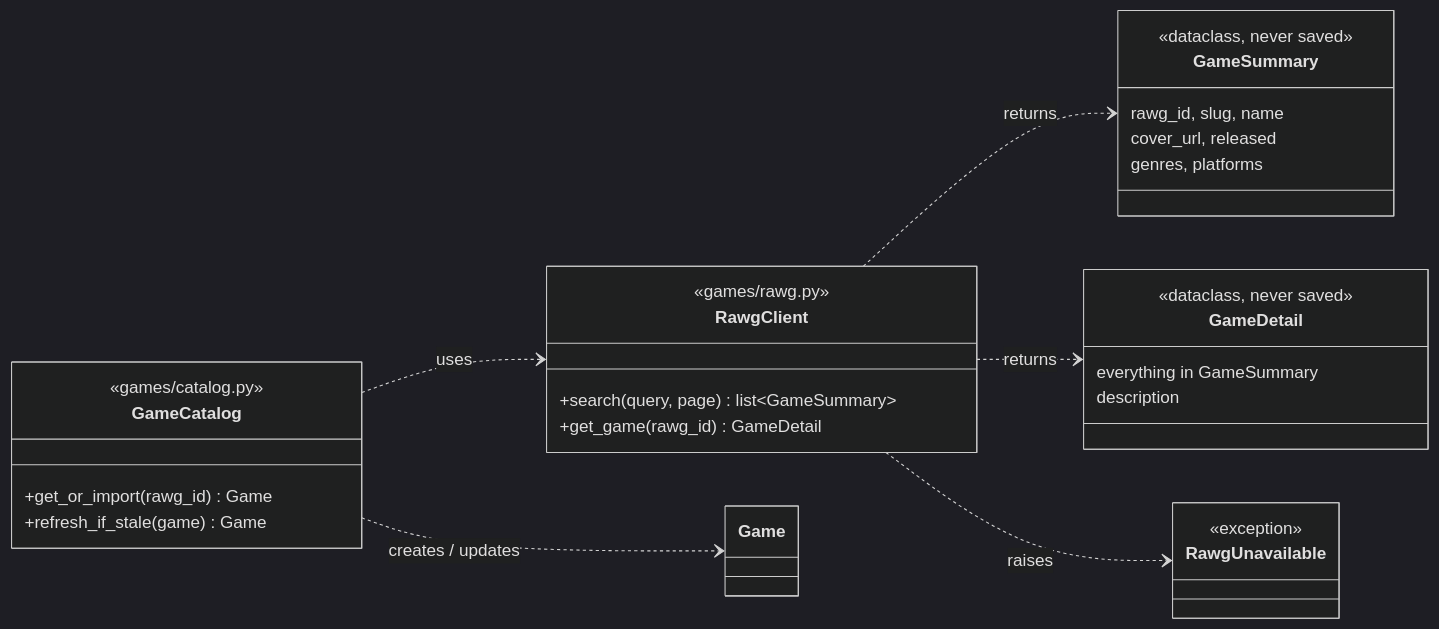
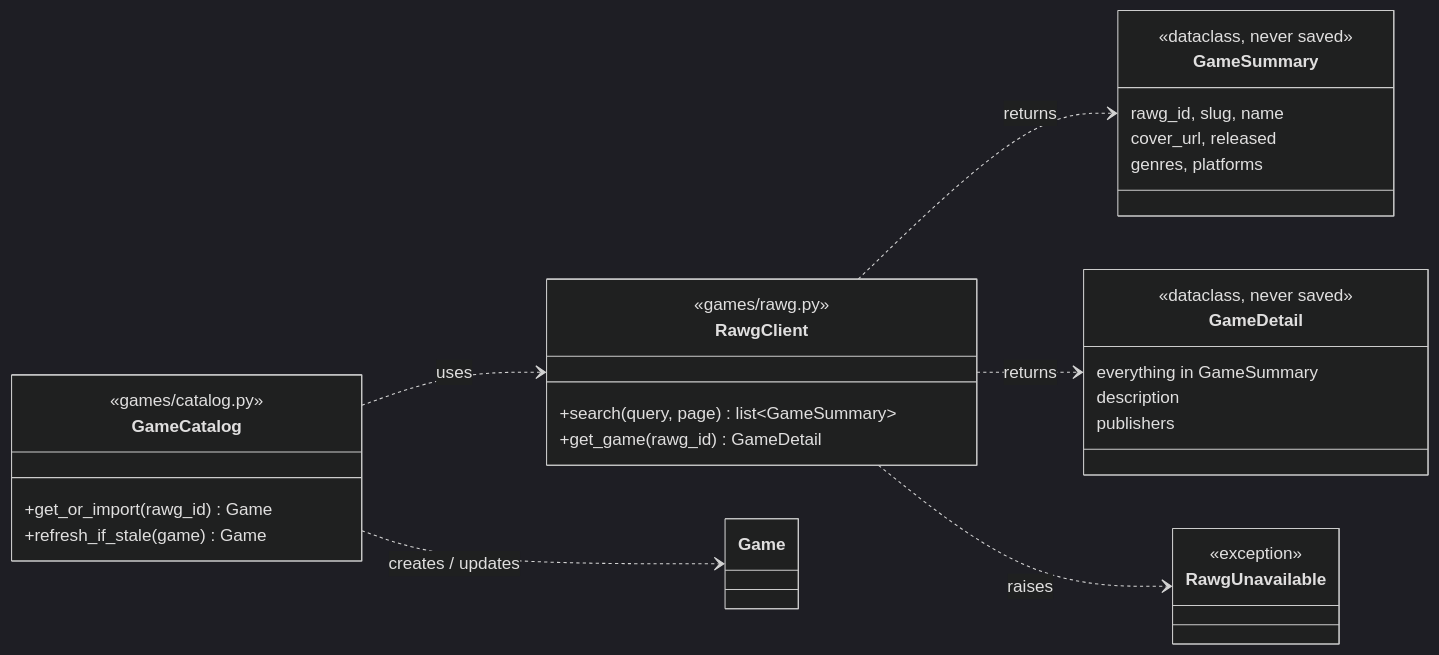
The second of 4 diagrams in docs/design/game-catalog.md (CS4300-CS5300-FA26/team-5), drawn with Mermaid (dark theme) before and after one commit. The commit also changed other lines of this file, not shown here.

````diff
--- a/docs/design/game-catalog.md
+++ b/docs/design/game-catalog.md
@@ -113,33 +135,34 @@
 ```mermaid
 classDiagram
   direction LR
   class RawgClient {
     <<games/rawg.py>>
     +search(query, page) list~GameSummary~
     +get_game(rawg_id) GameDetail
   }
   class GameSummary {
     <<dataclass, never saved>>
     rawg_id, slug, name
     cover_url, released
     genres, platforms
   }
   class GameDetail {
     <<dataclass, never saved>>
     everything in GameSummary
     description
+    publishers
   }
   class GameCatalog {
     <<games/catalog.py>>
     +get_or_import(rawg_id) Game
     +refresh_if_stale(game) Game
   }
   class RawgUnavailable {
     <<exception>>
   }
   RawgClient ..> GameSummary : returns
   RawgClient ..> GameDetail : returns
   RawgClient ..> RawgUnavailable : raises
   GameCatalog ..> RawgClient : uses
   GameCatalog ..> Game : creates / updates
 ```
````
